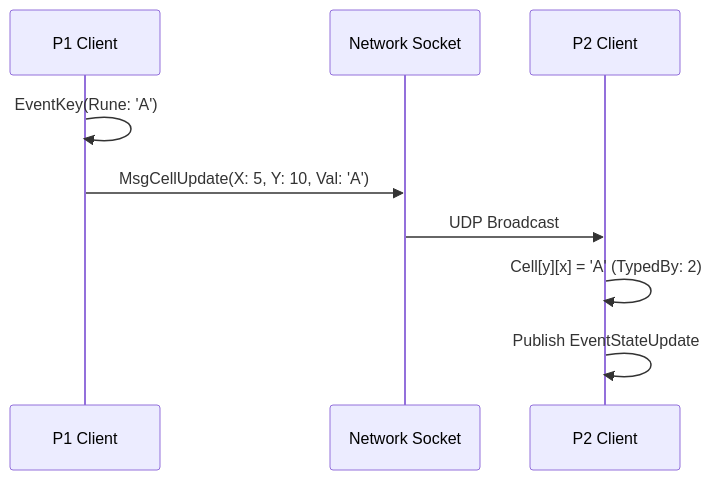
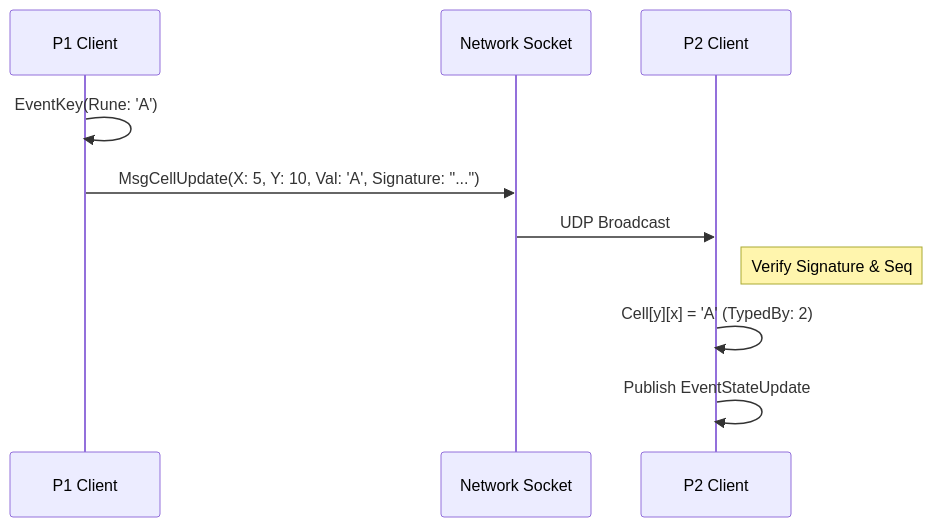
The second of 2 diagrams in ARCHITECTURE.md (xARSENICx/CrossTerm), drawn with Mermaid before and after one commit. The commit also changed other lines of this file and 1 other file, not shown here.

Commit message:
docs: update architecture and readme with ed25519 security and p2p racing details

````diff
--- a/ARCHITECTURE.md
+++ b/ARCHITECTURE.md
@@ -148,12 +120,13 @@
 ```mermaid
 sequenceDiagram
     participant P1 Client
     participant Network Socket
     participant P2 Client
     
     P1 Client->>P1 Client: EventKey(Rune: 'A')
-    P1 Client->>Network Socket: MsgCellUpdate(X: 5, Y: 10, Val: 'A')
+    P1 Client->>Network Socket: MsgCellUpdate(X: 5, Y: 10, Val: 'A', Signature: "...")
     Network Socket->>P2 Client: UDP Broadcast
+    Note right of P2 Client: Verify Signature & Seq
     P2 Client->>P2 Client: Cell[y][x] = 'A' (TypedBy: 2)
     P2 Client->>P2 Client: Publish EventStateUpdate
 ```
````
